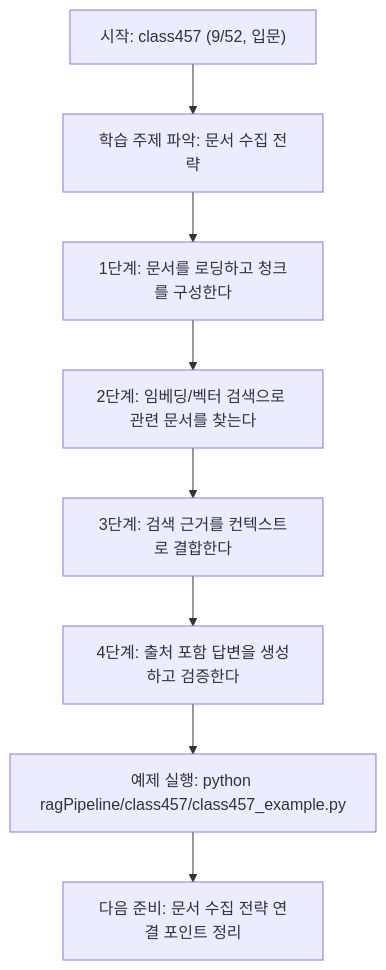
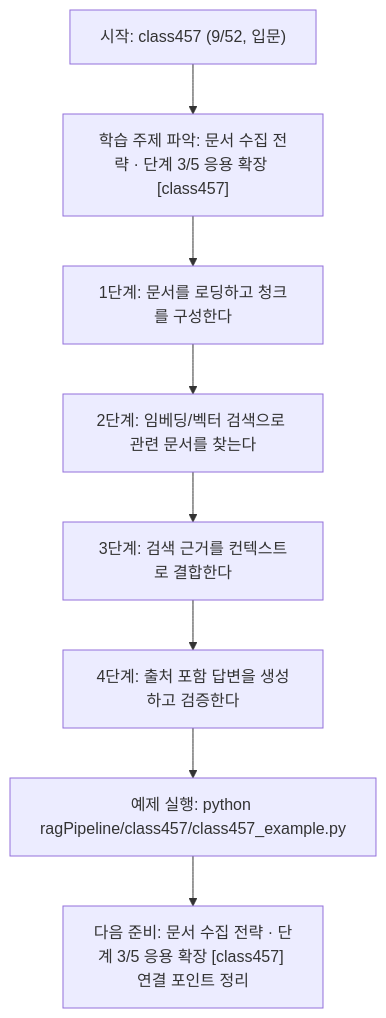
One commit to edumgt/Python-AI_Agent-Class changed the diagram in ragPipeline/class457/class457.md. Above: the diagram before and after it, drawn with Mermaid. The commit also changed other lines of this file and 522 other files, not shown here.

````diff
--- a/ragPipeline/class457/class457.md
+++ b/ragPipeline/class457/class457.md
@@ -110,18 +111,18 @@
 ```mermaid
 flowchart TD
 N1["시작: class457 (9/52, 입문)"]
-N2["학습 주제 파악: 문서 수집 전략"]
+N2["학습 주제 파악: 문서 수집 전략 · 단계 3/5 응용 확장 [class457]"]
 N3["1단계: 문서를 로딩하고 청크를 구성한다"]
 N4["2단계: 임베딩/벡터 검색으로 관련 문서를 찾는다"]
 N5["3단계: 검색 근거를 컨텍스트로 결합한다"]
 N6["4단계: 출처 포함 답변을 생성하고 검증한다"]
 N7["예제 실행: python ragPipeline/class457/class457_example.py"]
-N8["다음 준비: 문서 수집 전략 연결 포인트 정리"]
+N8["다음 준비: 문서 수집 전략 · 단계 3/5 응용 확장 [class457] 연결 포인트 정리"]
 N1 --> N2
 N2 --> N3
 N3 --> N4
 N4 --> N5
 N5 --> N6
 N6 --> N7
 N7 --> N8
 ```
````
